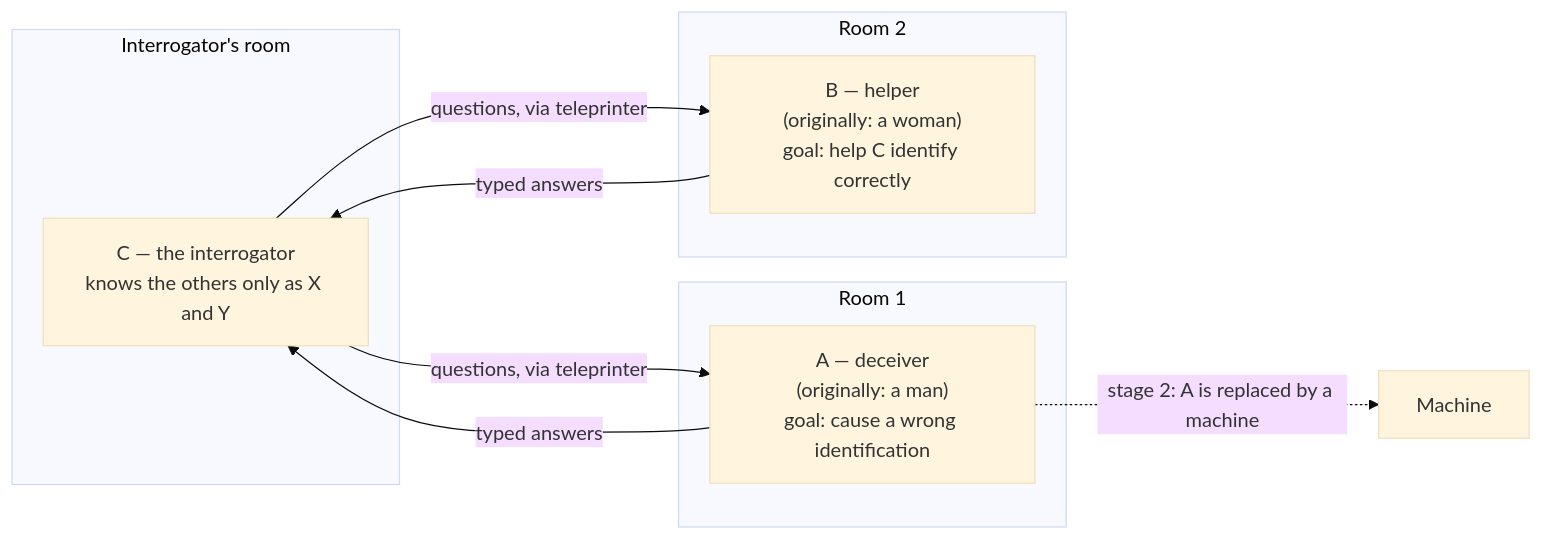
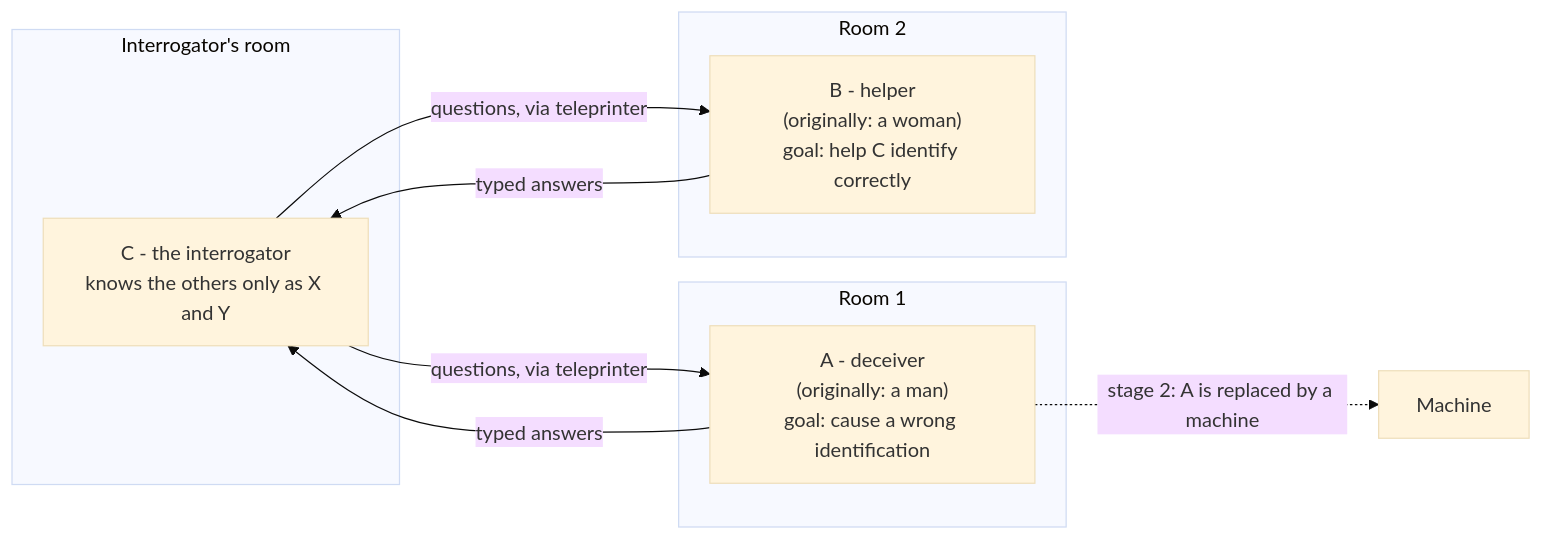
The diagram in project/reading-notes/turing-imitation-game.qmd (alexandre-do/alex-blog), drawn with Mermaid (base theme) before and after one commit. The commit also changed other lines of this file and 14 other files, not shown here.

````diff
--- a/project/reading-notes/turing-imitation-game.qmd
+++ b/project/reading-notes/turing-imitation-game.qmd
@@ -40,19 +40,19 @@
 ```{mermaid}
 flowchart LR
     subgraph Room_C["Interrogator's room"]
-        C["C — the interrogator<br/>knows the others only as X and Y"]
+        C["C - the interrogator<br/>knows the others only as X and Y"]
     end
     subgraph Room_A["Room 1"]
-        A["A — deceiver<br/>(originally: a man)<br/>goal: cause a wrong identification"]
+        A["A - deceiver<br/>(originally: a man)<br/>goal: cause a wrong identification"]
     end
     subgraph Room_B["Room 2"]
-        B["B — helper<br/>(originally: a woman)<br/>goal: help C identify correctly"]
+        B["B - helper<br/>(originally: a woman)<br/>goal: help C identify correctly"]
     end
 
     C -- "questions, via teleprinter" --> A
     C -- "questions, via teleprinter" --> B
     A -- "typed answers" --> C
     B -- "typed answers" --> C
 
     A -.->|"stage 2: A is replaced by a machine"| M["Machine"]
 ```
````
